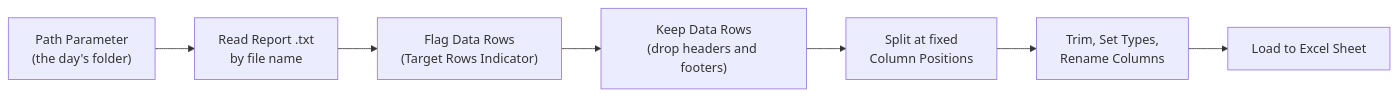
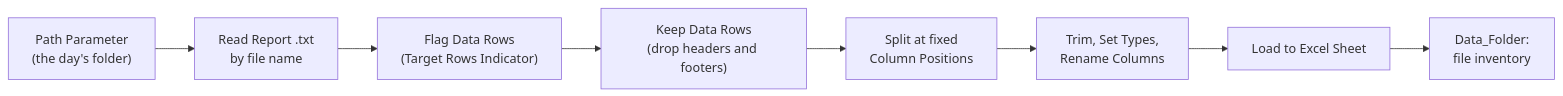
The diagram in README.md (Eddie-Zhu-IRL/banking-report-etl-powerquery), drawn with Mermaid before and after one commit. The commit also changed other lines of this file, not shown here.

````diff
--- a/README.md
+++ b/README.md
@@ -49,9 +49,10 @@
 ```mermaid
 flowchart LR;
 A["Path Parameter<br>(the day's folder)"] --> B["Read Report .txt<br>by file name"];
 B --> C["Flag Data Rows<br>(Target Rows Indicator)"];
 C --> D["Keep Data Rows<br>(drop headers and footers)"];
 D --> E["Split at fixed<br>Column Positions"];
 E --> F["Trim, Set Types,<br>Rename Columns"];
 F --> G["Load to Excel Sheet"];
+G --> H["Data_Folder:<br>file inventory"];
 ```
````
